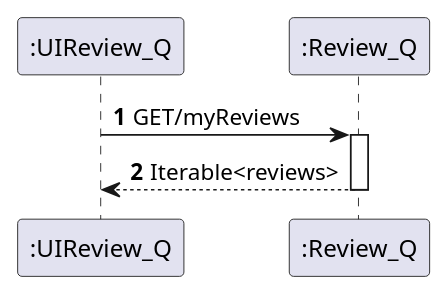
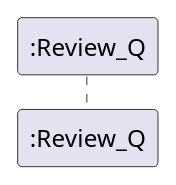
The diagram in Review1_Q/Documentação/N2/GetMyReviews.puml (1201441BrunoPereira/Trabalho2Reviews), drawn with PlantUML before and after one commit. The commit also changed 8 other files, not shown here.

Commit message:
Atualização Diagramas

```diff
--- a/Review1_Q/Documentação/N2/GetMyReviews.puml
+++ b/Review1_Q/Documentação/N2/GetMyReviews.puml
@@ -1,13 +1,10 @@
 @startuml
 'https://plantuml.com/sequence-diagram
 
 autoactivate on
 autonumber
 
-participant ":UIReview_Q" as rev
-participant ":Review_Q" as rev1
+participant ":Review_Q" as rev
 
-rev -> rev1: GET/myReviews
-rev1 --> rev: Iterable<reviews>
 
 @enduml
```
